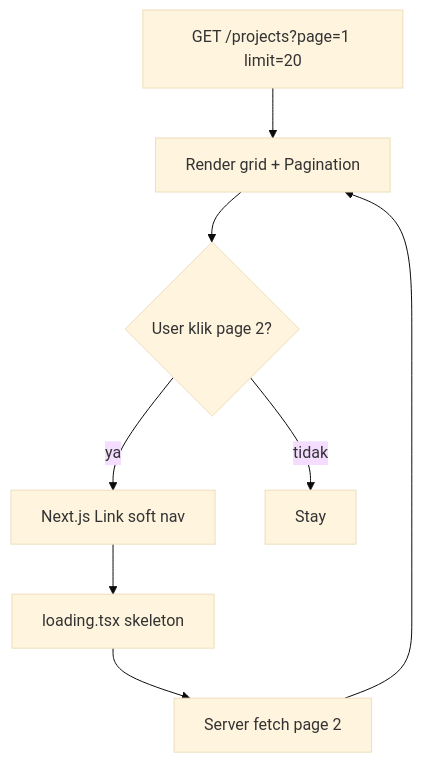
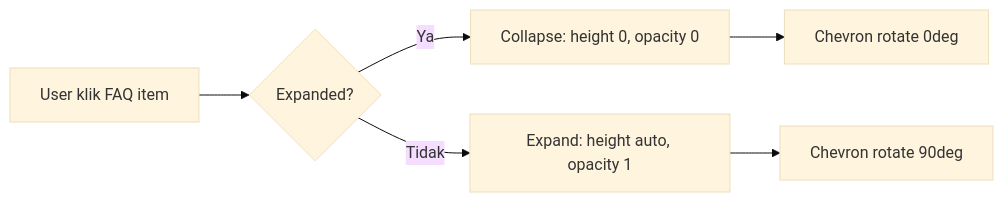
The third of 3 diagrams in product-docs/UIUX_SPEC.md (agrianwahab29/agrinode-promptflow), drawn with Mermaid (base theme) before and after one commit. The commit also changed other lines of this file and 44 other files, not shown here.

````diff
--- a/product-docs/UIUX_SPEC.md
+++ b/product-docs/UIUX_SPEC.md
@@ -588,10 +484,8 @@
 ```mermaid
-flowchart TD
-    A[GET /projects?page=1 limit=20] --> B[Render grid + Pagination]
-    B --> C{User klik page 2?}
-    C -->|ya| D[Next.js Link soft nav]
-    D --> E[loading.tsx skeleton]
-    E --> F[Server fetch page 2]
-    F --> B
-    C -->|tidak| G[Stay]
+flowchart LR
+    A[User klik FAQ item] --> B{Expanded?}
+    B -->|Ya| C[Collapse: height 0, opacity 0]
+    B -->|Tidak| D[Expand: height auto, opacity 1]
+    D --> E[Chevron rotate 90deg]
+    C --> F[Chevron rotate 0deg]
 ```
````
